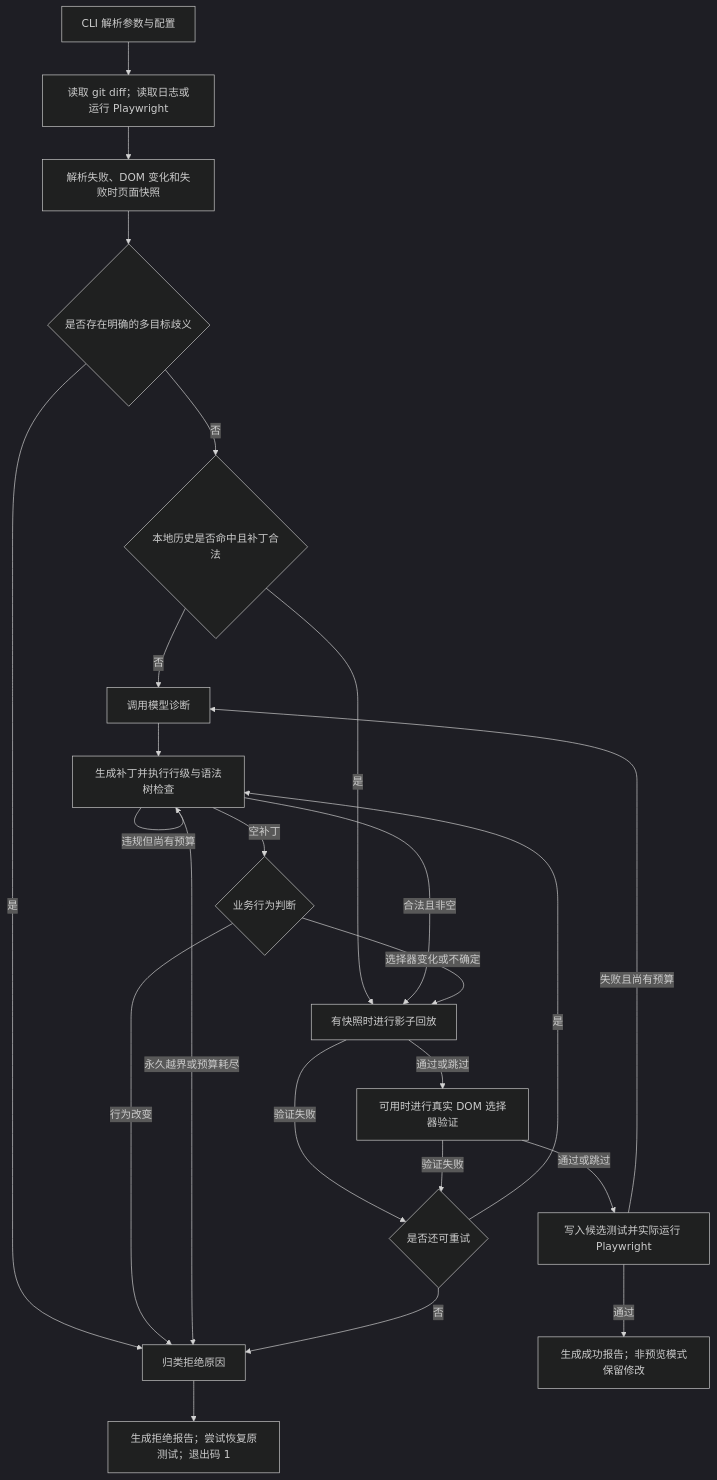
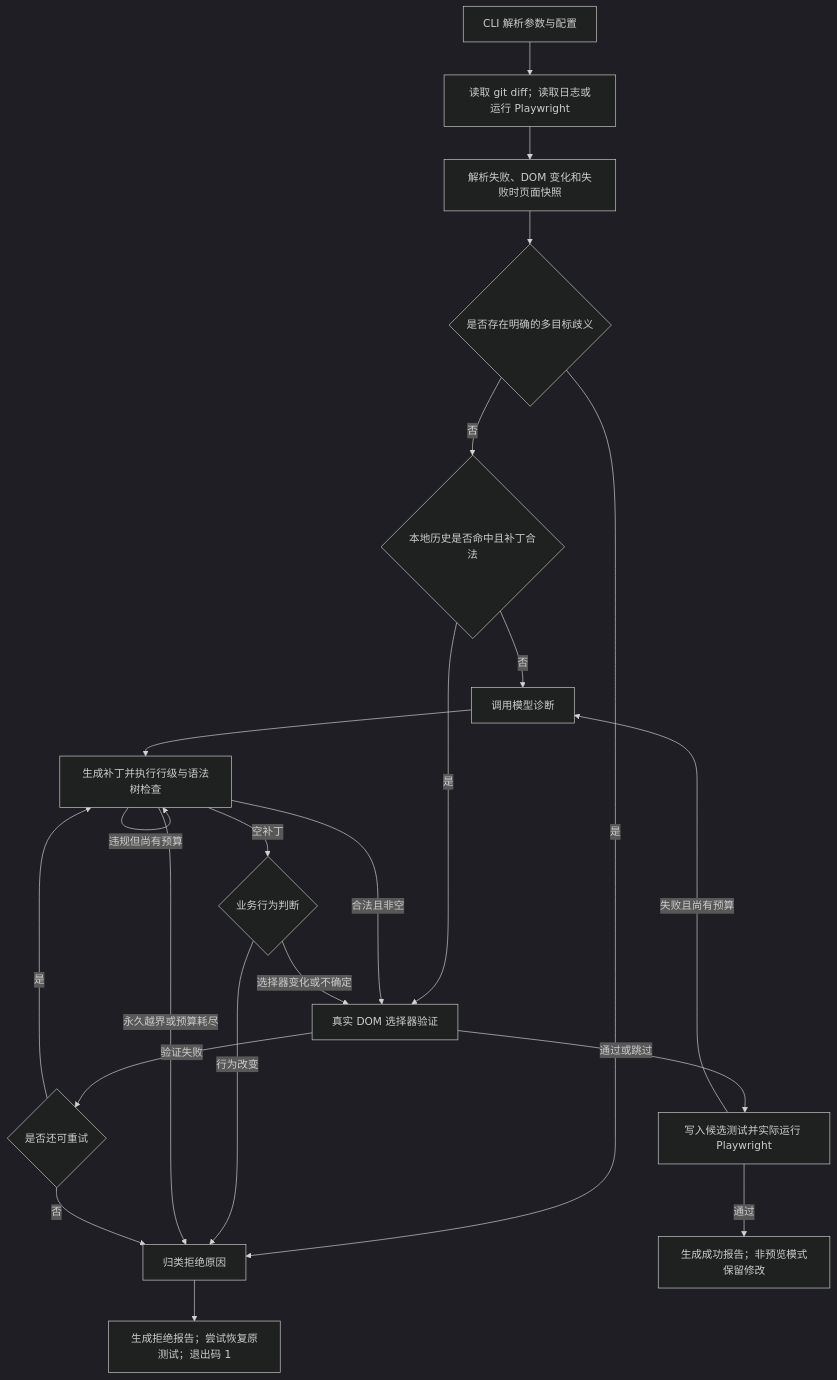
The diagram in docs/new_info/workflow-analysis.zh-CN.md (zengye20040311-cmd/E2E-Self-Heal), drawn with Mermaid (dark theme) before and after one commit. The commit also changed other lines of this file and 78 other files, not shown here.

````diff
--- a/docs/new_info/workflow-analysis.zh-CN.md
+++ b/docs/new_info/workflow-analysis.zh-CN.md
@@ -19,26 +18,24 @@
 ```mermaid
 flowchart TD
     A[CLI 解析参数与配置] --> B[读取 git diff；读取日志或运行 Playwright]
     B --> C[解析失败、DOM 变化和失败时页面快照]
     C --> D{是否存在明确的多目标歧义}
     D -- 是 --> R[归类拒绝原因]
     D -- 否 --> M{本地历史是否命中且补丁合法}
     M -- 否 --> N[调用模型诊断]
     N --> P[生成补丁并执行行级与语法树检查]
-    M -- 是 --> S[有快照时进行影子回放]
-    P -- 合法且非空 --> S
+    M -- 是 --> V[真实 DOM 选择器验证]
+    P -- 合法且非空 --> V
     P -- 空补丁 --> J{业务行为判断}
     J -- 行为改变 --> R
-    J -- 选择器变化或不确定 --> S
+    J -- 选择器变化或不确定 --> V
     P -- 违规但尚有预算 --> P
     P -- 永久越界或预算耗尽 --> R
-    S -- 通过或跳过 --> V[可用时进行真实 DOM 选择器验证]
     V -- 通过或跳过 --> T[写入候选测试并实际运行 Playwright]
     T -- 通过 --> K[生成成功报告；非预览模式保留修改]
     T -- 失败且尚有预算 --> N
-    S -- 验证失败 --> Q{是否还可重试}
-    V -- 验证失败 --> Q
+    V -- 验证失败 --> Q{是否还可重试}
     Q -- 是 --> P
     Q -- 否 --> R
     R --> F[生成拒绝报告；尝试恢复原测试；退出码 1]
 ```
````
